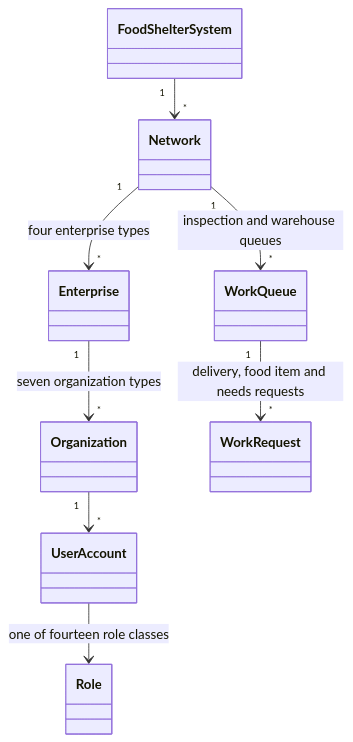
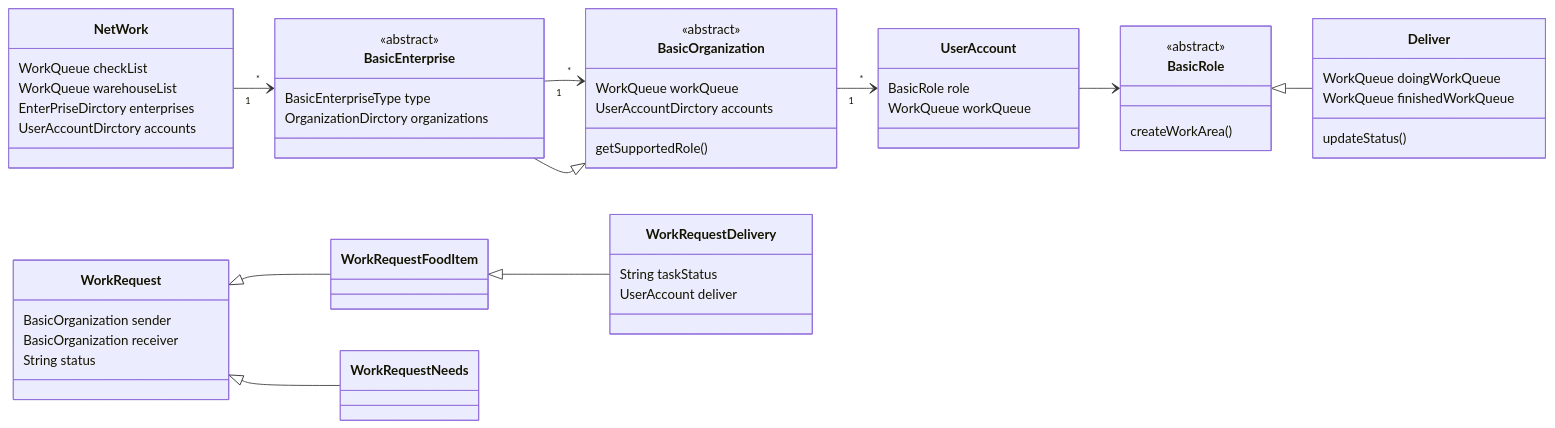
One commit to YigeWang1221/personal_portfolio changed the diagram in content/projects/enterprise-workflow/assets/domain-model.mmd. Above: the diagram before and after it, drawn with Mermaid. The commit also changed 87 other files, not shown here.

```diff
--- a/content/projects/enterprise-workflow/assets/domain-model.mmd
+++ b/content/projects/enterprise-workflow/assets/domain-model.mmd
@@ -1,18 +1,53 @@
-%% CURRENT — the domain model in the model/ package of the team repository (INFO 5100, Mar–Apr 2025).
+%% CURRENT — the objects on the donation path, from the model/ package of the team repository (INFO 5100, Mar–Apr 2025).
 classDiagram
-  direction TB
-  class FoodShelterSystem
-  class Network
-  class Enterprise
-  class Organization
-  class UserAccount
-  class Role
-  class WorkQueue
-  class WorkRequest
-  FoodShelterSystem "1" --> "*" Network
-  Network "1" --> "*" Enterprise : four enterprise types
-  Enterprise "1" --> "*" Organization : seven organization types
-  Organization "1" --> "*" UserAccount
-  UserAccount --> Role : one of fourteen role classes
-  Network "1" --> "*" WorkQueue : inspection and warehouse queues
-  WorkQueue "1" --> "*" WorkRequest : delivery, food item and needs requests
+  direction LR
+  class NetWork {
+    WorkQueue checkList
+    WorkQueue warehouseList
+    EnterPriseDirctory enterprises
+    UserAccountDirctory accounts
+  }
+  class BasicOrganization {
+    <<abstract>>
+    WorkQueue workQueue
+    UserAccountDirctory accounts
+    getSupportedRole()
+  }
+  class BasicEnterprise {
+    <<abstract>>
+    BasicEnterpriseType type
+    OrganizationDirctory organizations
+  }
+  class UserAccount {
+    BasicRole role
+    WorkQueue workQueue
+  }
+  class BasicRole {
+    <<abstract>>
+    createWorkArea()
+  }
+  class Deliver {
+    WorkQueue doingWorkQueue
+    WorkQueue finishedWorkQueue
+    updateStatus()
+  }
+  class WorkRequest {
+    BasicOrganization sender
+    BasicOrganization receiver
+    String status
+  }
+  class WorkRequestFoodItem
+  class WorkRequestDelivery {
+    String taskStatus
+    UserAccount deliver
+  }
+  class WorkRequestNeeds
+  BasicOrganization <|-- BasicEnterprise
+  NetWork "1" --> "*" BasicEnterprise
+  BasicEnterprise "1" --> "*" BasicOrganization
+  BasicOrganization "1" --> "*" UserAccount
+  UserAccount --> BasicRole
+  BasicRole <|-- Deliver
+  WorkRequest <|-- WorkRequestFoodItem
+  WorkRequestFoodItem <|-- WorkRequestDelivery
+  WorkRequest <|-- WorkRequestNeeds
```
